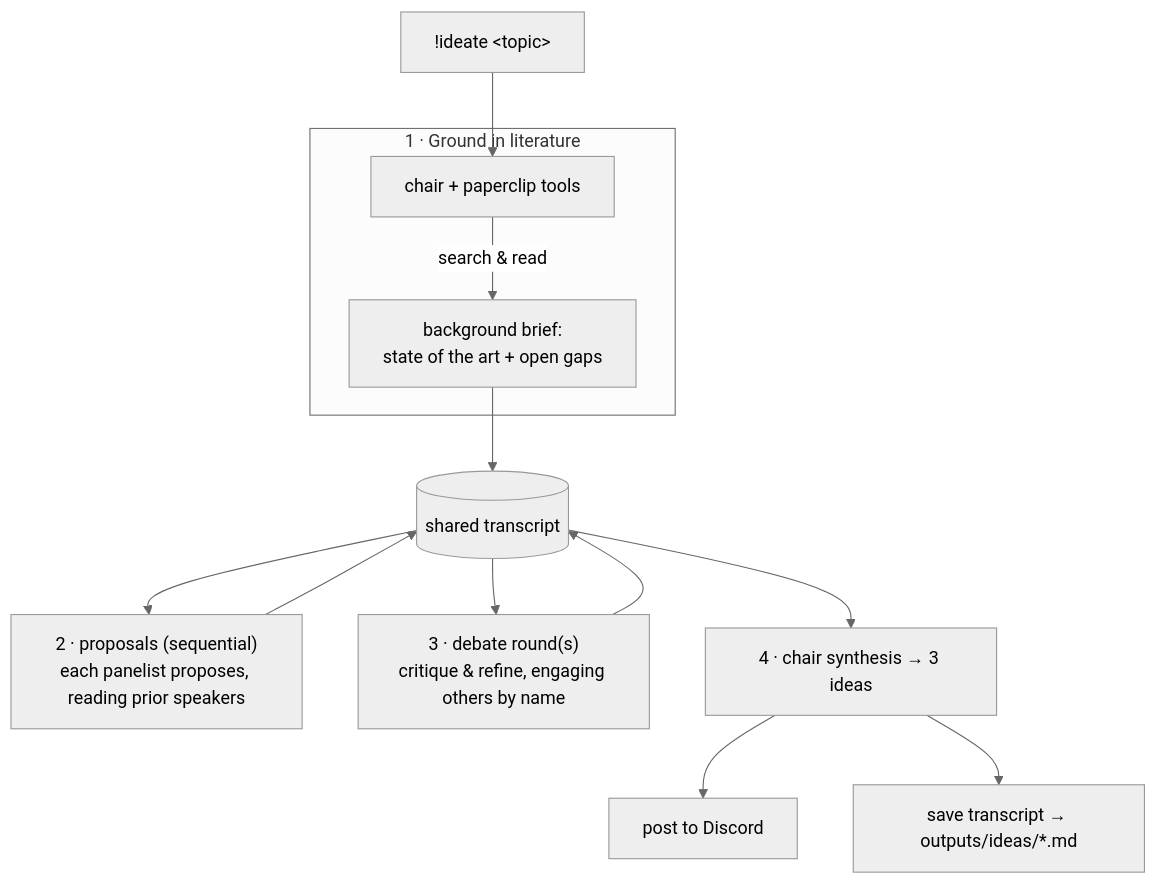
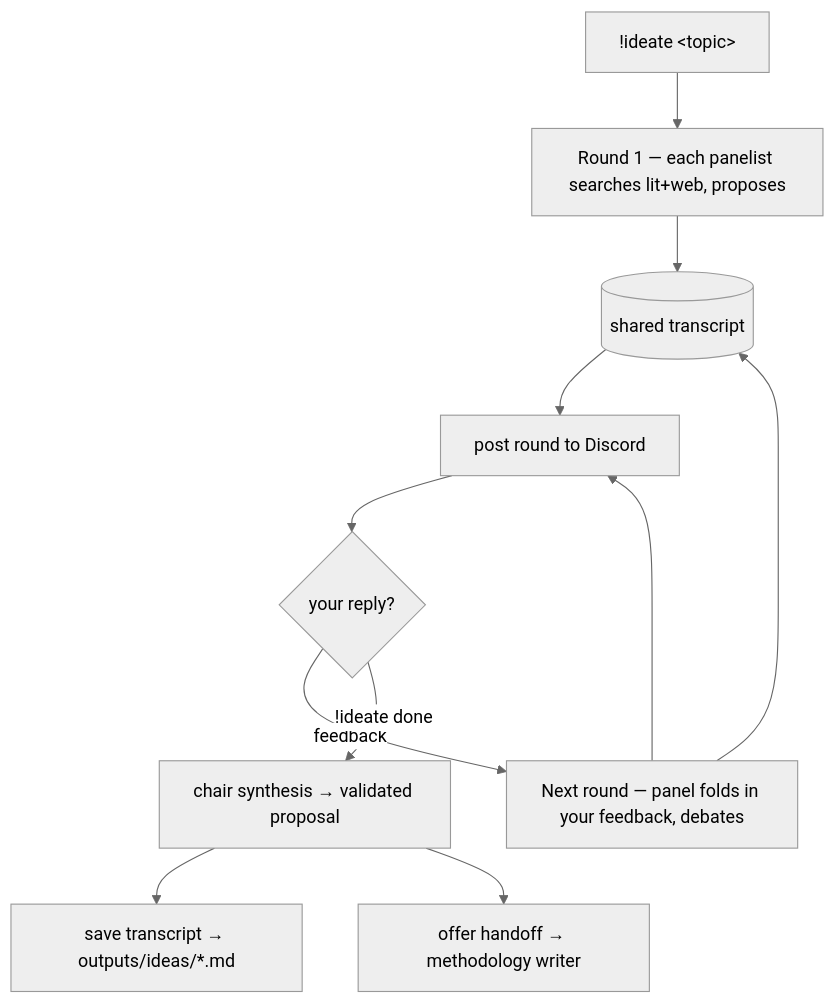
One commit to makhanov-nu/research_agent changed the diagram in docs/consortium.md. Above: the diagram before and after it, drawn with Mermaid (neutral theme). The commit also changed other lines of this file and 8 other files, not shown here.

First line of the commit message:
Rebuild the consortium: steerable sessions, tool-using panelists, web search

````diff
--- a/docs/consortium.md
+++ b/docs/consortium.md
@@ -13,15 +16,14 @@
 ```mermaid
 flowchart TD
-    U["!ideate &lt;topic&gt;"] --> G
-    subgraph S1["1 · Ground in literature"]
-      G["chair + paperclip tools"] -->|search & read| GAP["background brief:<br/>state of the art + open gaps"]
-    end
-    GAP --> TX[("shared transcript")]
-    TX --> P["2 · proposals (sequential)<br/>each panelist proposes, reading prior speakers"]
-    P --> TX
-    TX --> D["3 · debate round(s)<br/>critique & refine, engaging others by name"]
-    D --> TX
-    TX --> SY["4 · chair synthesis → 3 ideas"]
-    SY --> POST["post to Discord"]
+    U["!ideate &lt;topic&gt;"] --> R1
+    TX[("shared transcript")]
+    R1["Round 1 — each panelist searches lit+web, proposes"] --> TX
+    TX --> POST1["post round to Discord"]
+    POST1 --> YOU{"your reply?"}
+    YOU -->|feedback| RN["Next round — panel folds in your feedback, debates"]
+    RN --> TX
+    RN --> POST1
+    YOU -->|"!ideate done"| SY["chair synthesis → validated proposal"]
     SY --> SAVE["save transcript → outputs/ideas/*.md"]
+    SY --> OFFER["offer handoff → methodology writer"]
 ```
````
